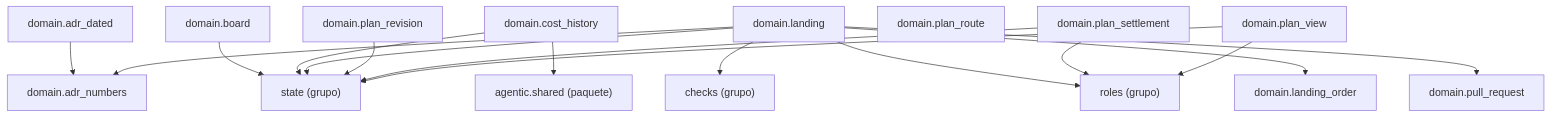
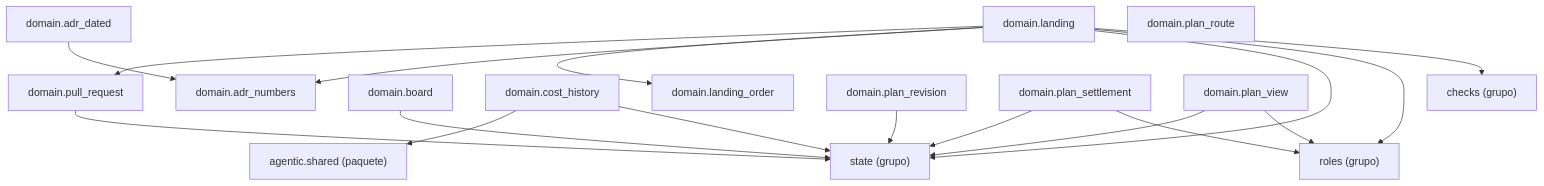
The diagram in docs/architecture/generated/packages-process-domain-landing.md (GonzaloZevallos/agentic-system), drawn with Mermaid before and after one commit.

Commit message:
Regenerate the landing package page for pull_request's new dependency on task

````diff
--- a/docs/architecture/generated/packages-process-domain-landing.md
+++ b/docs/architecture/generated/packages-process-domain-landing.md
@@ -12,33 +12,34 @@
 ```mermaid
 graph TD
     g_domain__checks["checks (grupo)"]
     g_domain__roles["roles (grupo)"]
     g_domain__state["state (grupo)"]
     g_pkg__agentic__shared["agentic.shared (paquete)"]
     m_domain__adr_dated["domain.adr_dated"]
     m_domain__adr_numbers["domain.adr_numbers"]
     m_domain__board["domain.board"]
     m_domain__cost_history["domain.cost_history"]
     m_domain__landing["domain.landing"]
     m_domain__landing_order["domain.landing_order"]
     m_domain__plan_revision["domain.plan_revision"]
     m_domain__plan_route["domain.plan_route"]
     m_domain__plan_settlement["domain.plan_settlement"]
     m_domain__plan_view["domain.plan_view"]
     m_domain__pull_request["domain.pull_request"]
     m_domain__adr_dated --> m_domain__adr_numbers
     m_domain__board --> g_domain__state
     m_domain__cost_history --> g_domain__state
     m_domain__cost_history --> g_pkg__agentic__shared
     m_domain__landing --> g_domain__checks
     m_domain__landing --> g_domain__roles
     m_domain__landing --> g_domain__state
     m_domain__landing --> m_domain__adr_numbers
     m_domain__landing --> m_domain__landing_order
     m_domain__landing --> m_domain__pull_request
     m_domain__plan_revision --> g_domain__state
     m_domain__plan_settlement --> g_domain__roles
     m_domain__plan_settlement --> g_domain__state
     m_domain__plan_view --> g_domain__roles
     m_domain__plan_view --> g_domain__state
+    m_domain__pull_request --> g_domain__state
 ```
````
